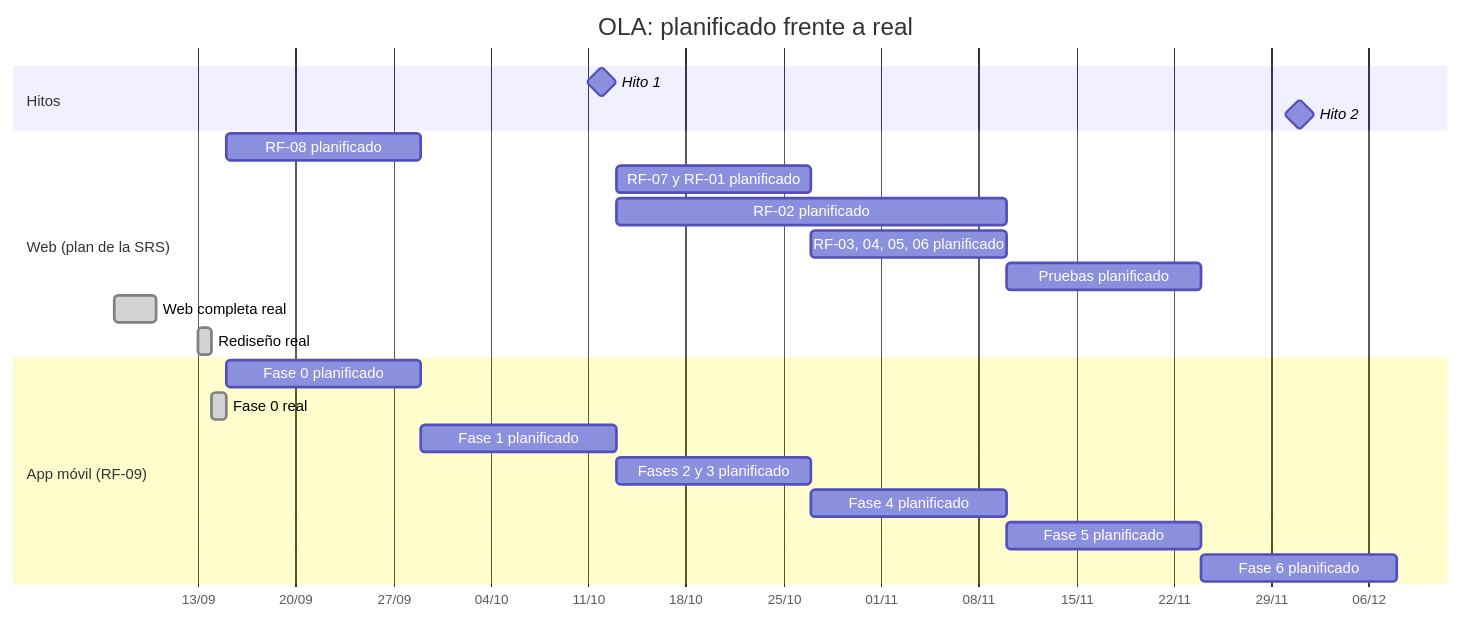
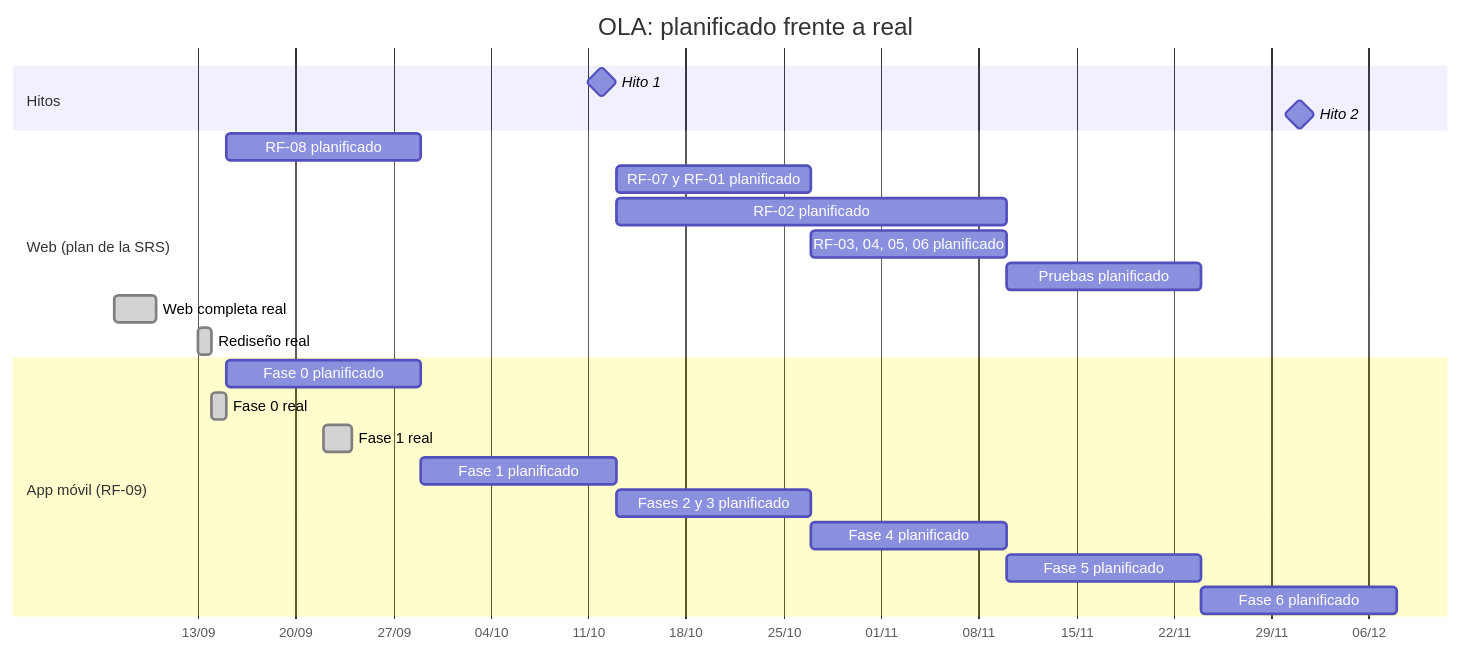
Before and after one commit to Miguel777-rgb/Proyecto_Calidad_de_Software: the diagram in docs/calidad.md, drawn with Mermaid. The commit also changed other lines of this file and 6 other files, not shown here.

````diff
--- a/docs/calidad.md
+++ b/docs/calidad.md
@@ -360,28 +421,29 @@
 ```mermaid
 gantt
   title OLA: planificado frente a real
   dateFormat YYYY-MM-DD
   axisFormat %d/%m
 
   section Hitos
   Hito 1                      :milestone, 2026-10-12, 0d
   Hito 2                      :milestone, 2026-12-01, 0d
 
   section Web (plan de la SRS)
   RF-08 planificado           :2026-09-15, 14d
   RF-07 y RF-01 planificado   :2026-10-13, 14d
   RF-02 planificado           :2026-10-13, 28d
   RF-03, 04, 05, 06 planificado :2026-10-27, 14d
   Pruebas planificado         :2026-11-10, 14d
   Web completa real           :done, 2026-09-07, 2026-09-10
   Rediseño real               :done, 2026-09-13, 1d
 
   section App móvil (RF-09)
   Fase 0 planificado          :2026-09-15, 14d
   Fase 0 real                 :done, 2026-09-14, 1d
+  Fase 1 real                 :done, 2026-09-22, 2d
   Fase 1 planificado          :2026-09-29, 14d
   Fases 2 y 3 planificado     :2026-10-13, 14d
   Fase 4 planificado          :2026-10-27, 14d
   Fase 5 planificado          :2026-11-10, 14d
   Fase 6 planificado          :2026-11-24, 14d
 ```
````
